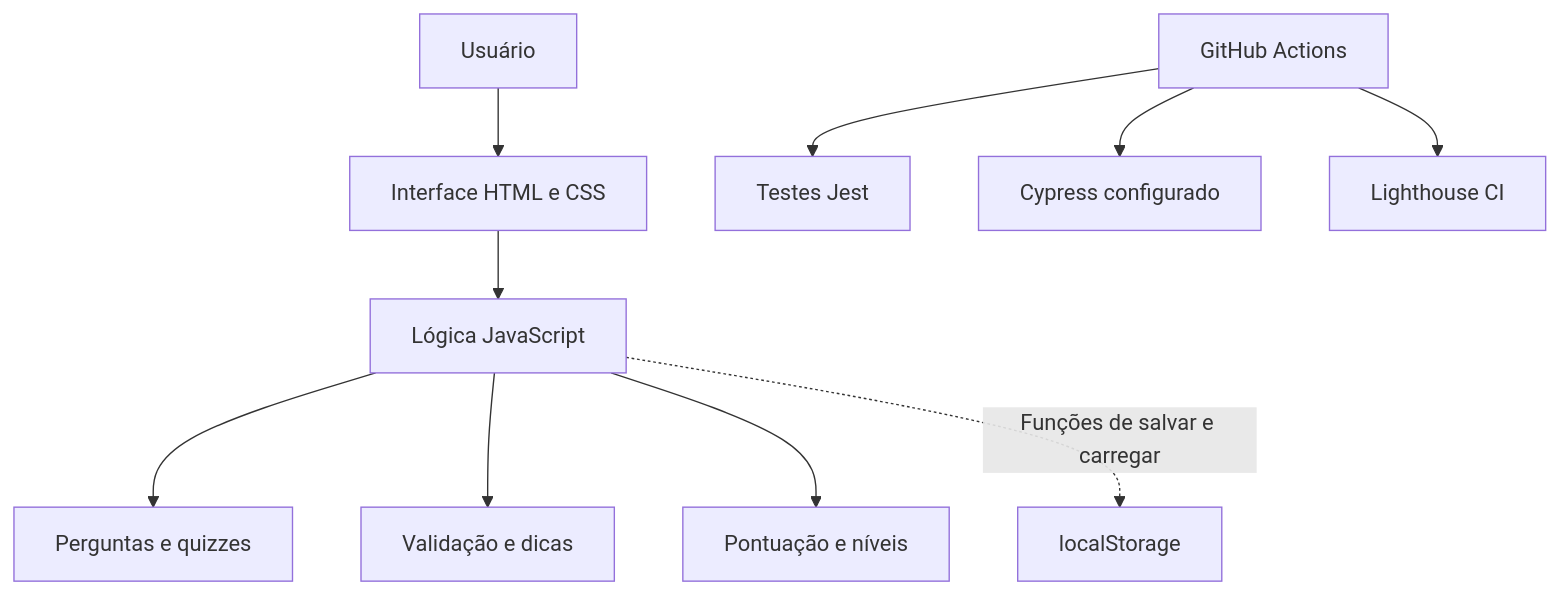
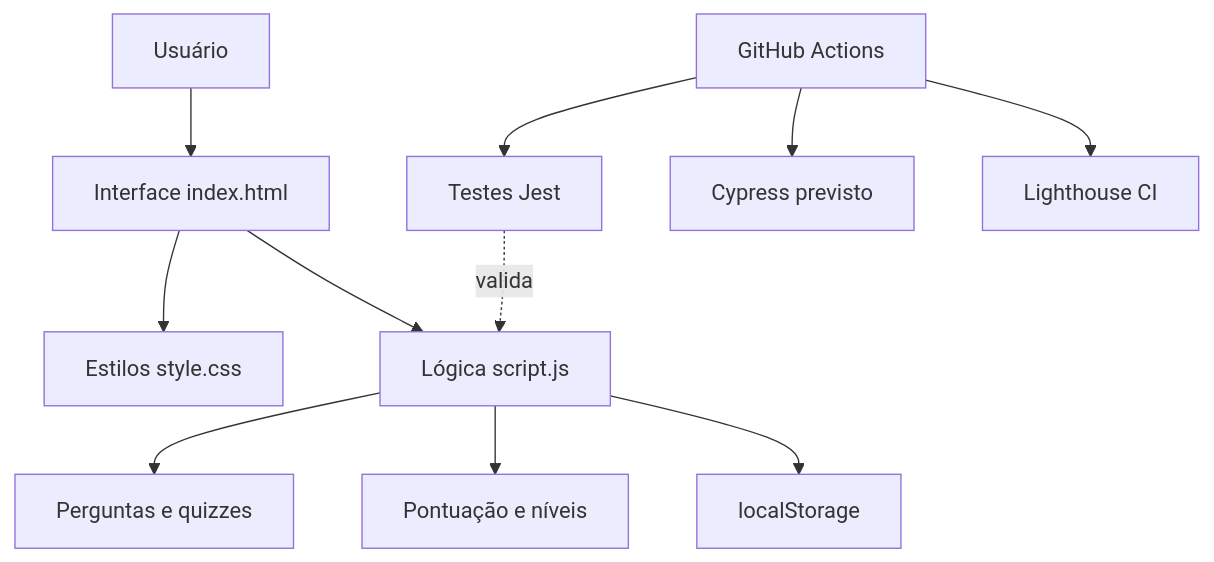
Before and after one commit to mariajloureiro/GitBot: the diagram in README.md, drawn with Mermaid. The commit also changed other lines of this file, not shown here.

````diff
--- a/README.md
+++ b/README.md
@@ -88,12 +64,13 @@
 ```mermaid
 flowchart TD
-    A[Usuário] --> B[Interface HTML e CSS]
-    B --> C[Lógica JavaScript]
-    C --> D[Perguntas e quizzes]
-    C --> E[Validação e dicas]
-    C --> F[Pontuação e níveis]
-    C -. Funções de salvar e carregar .-> G[localStorage]
-    H[GitHub Actions] --> I[Testes Jest]
-    H --> J[Cypress configurado]
-    H --> K[Lighthouse CI]
+    U[Usuário] --> I[Interface index.html]
+    I --> C[Estilos style.css]
+    I --> J[Lógica script.js]
+    J --> Q[Perguntas e quizzes]
+    J --> P[Pontuação e níveis]
+    J --> L[localStorage]
+    T[Testes Jest] -. valida .-> J
+    A[GitHub Actions] --> T
+    A --> X[Cypress previsto]
+    A --> H[Lighthouse CI]
 ```
````
